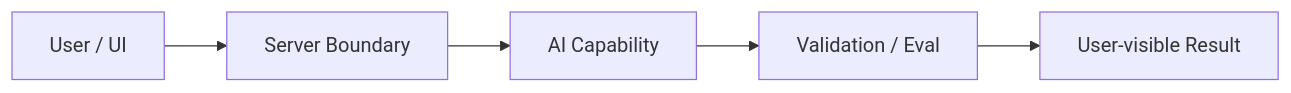
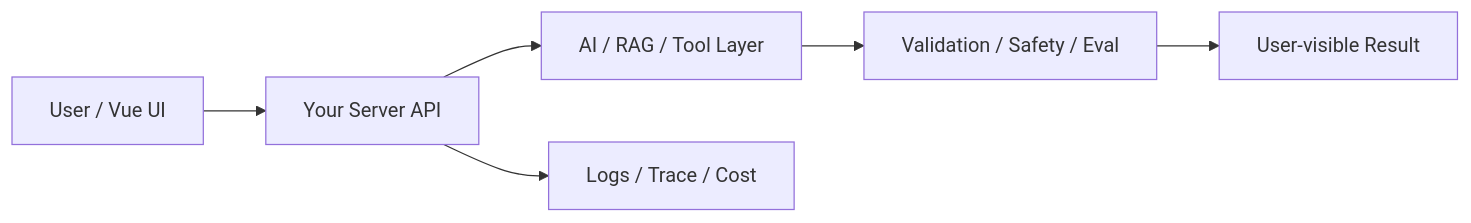
The diagram in advanced-track/reviews/week-01.md (Yonina11-code/ai-product-engineer-year-plan), drawn with Mermaid before and after one commit. The commit also changed other lines of this file and 296 other files, not shown here.

````diff
--- a/advanced-track/reviews/week-01.md
+++ b/advanced-track/reviews/week-01.md
@@ -15,7 +23,8 @@
 ```mermaid
 flowchart LR
-  A["User / UI"] --> B["Server Boundary"]
-  B --> C["AI Capability"]
-  C --> D["Validation / Eval"]
+  A["User / Vue UI"] --> B["Your Server API"]
+  B --> C["AI / RAG / Tool Layer"]
+  C --> D["Validation / Safety / Eval"]
   D --> E["User-visible Result"]
+  B --> F["Logs / Trace / Cost"]
 ```
````
